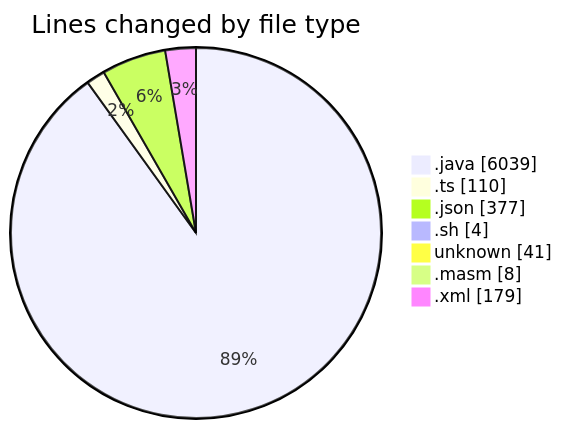
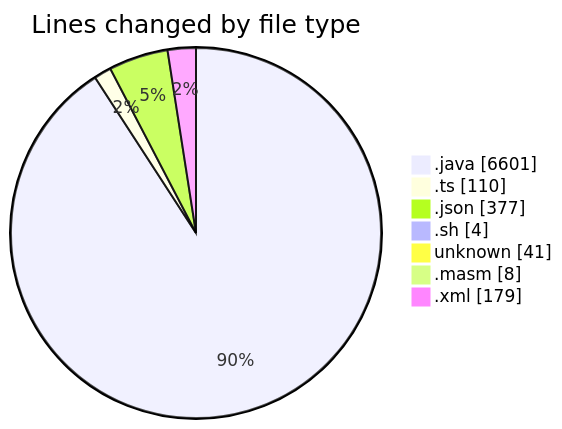
One commit to charlie-sans/code-tracking changed the first of 2 diagrams in 2025-02-20/micros/README.md. Above: the diagram before and after it, drawn with Mermaid. The commit also changed other lines of this file and 1 other file, not shown here.

````diff
--- a/2025-02-20/micros/README.md
+++ b/2025-02-20/micros/README.md
@@ -43,11 +45,11 @@
 ```mermaid
 pie showData
 title Lines changed by file type
-".java" : 6039
+".java" : 6601
 ".ts" : 110
 ".json" : 377
 ".sh" : 4
 "unknown" : 41
 ".masm" : 8
 ".xml" : 179
 ```
````
